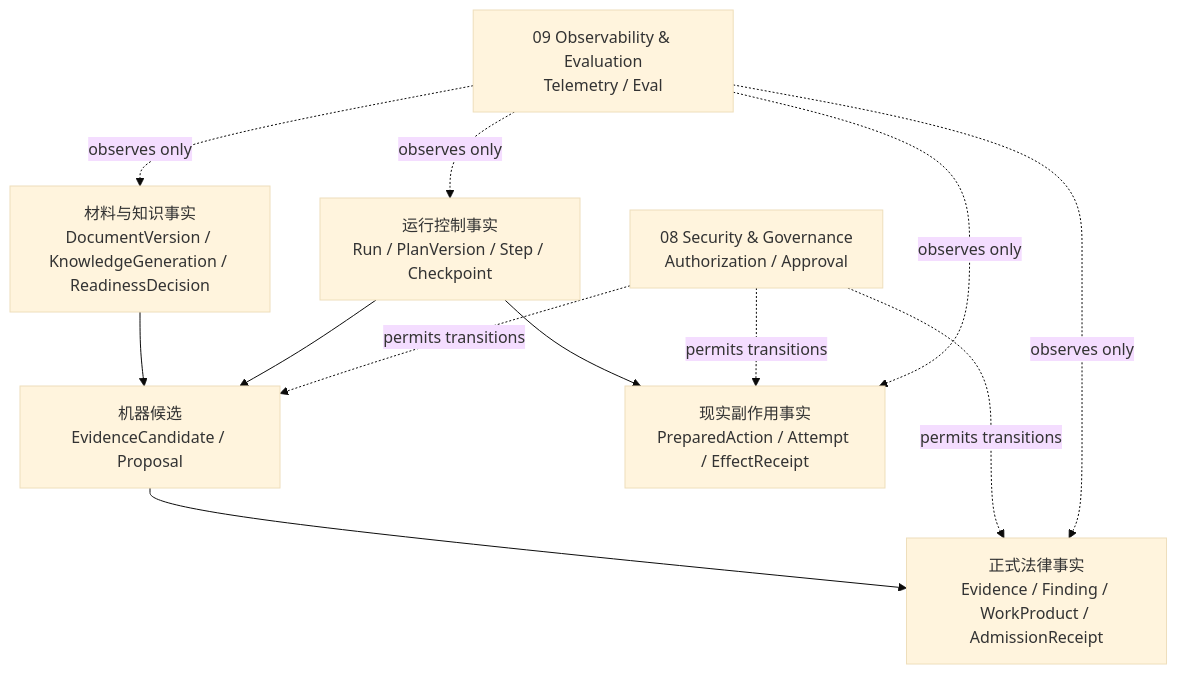
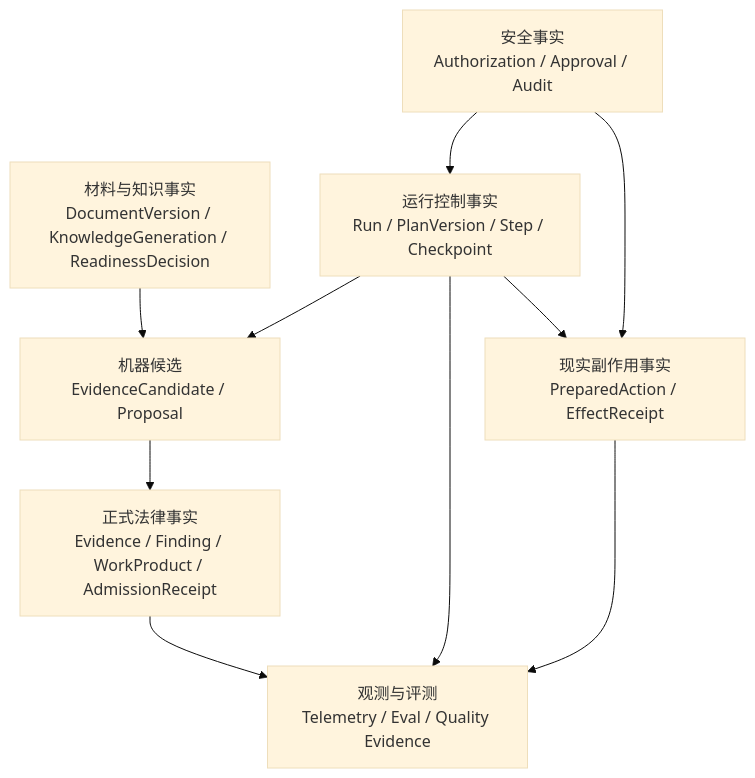
The second of 6 diagrams in docs/architecture/architecture-views.md (ProfessorZhi/Zuno), drawn with Mermaid (base theme) before and after one commit. The commit also changed other lines of this file, not shown here.

Commit message:
docs: bind architecture views to architecture.md

````diff
--- a/docs/architecture/architecture-views.md
+++ b/docs/architecture/architecture-views.md
@@ -35,21 +35,19 @@
 ```mermaid
 flowchart TB
   KNOW[材料与知识事实\nDocumentVersion / KnowledgeGeneration / ReadinessDecision]
   CAND[机器候选\nEvidenceCandidate / Proposal]
   DOMAIN[正式法律事实\nEvidence / Finding / WorkProduct / AdmissionReceipt]
   RUN[运行控制事实\nRun / PlanVersion / Step / Checkpoint]
-  EFFECT[现实副作用事实\nPreparedAction / Attempt / EffectReceipt]
-  SEC[08 Security & Governance\nAuthorization / Approval]
-  OBS[09 Observability & Evaluation\nTelemetry / Eval]
+  EFFECT[现实副作用事实\nPreparedAction / EffectReceipt]
+  SEC[安全事实\nAuthorization / Approval / Audit]
+  OBS[观测与评测\nTelemetry / Eval / Quality Evidence]
 
   KNOW --> CAND --> DOMAIN
   RUN --> CAND
   RUN --> EFFECT
-  SEC -. permits transitions .-> CAND
-  SEC -. permits transitions .-> DOMAIN
-  SEC -. permits transitions .-> EFFECT
-  OBS -. observes only .-> KNOW
-  OBS -. observes only .-> RUN
-  OBS -. observes only .-> DOMAIN
-  OBS -. observes only .-> EFFECT
+  SEC --> RUN
+  SEC --> EFFECT
+  DOMAIN --> OBS
+  RUN --> OBS
+  EFFECT --> OBS
 ```
````
